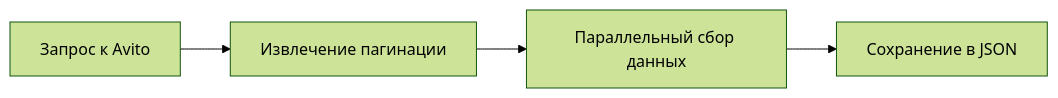
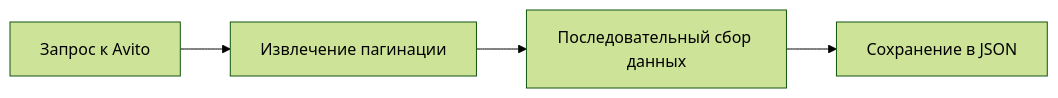
The first of 2 diagrams in README.md (dzhechko/avito-parser), drawn with Mermaid (forest theme) before and after one commit. The commit also changed other lines of this file and 8 other files, not shown here.

````diff
--- a/README.md
+++ b/README.md
@@ -16,6 +21,6 @@
 ```mermaid
 graph LR
     A[Запрос к Avito] --> B[Извлечение пагинации]
-    B --> C[Параллельный сбор данных]
+    B --> C[Последовательный сбор данных]
     C --> D[Сохранение в JSON]
 ```
````
